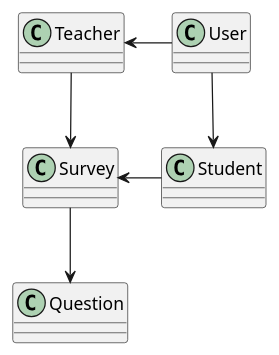
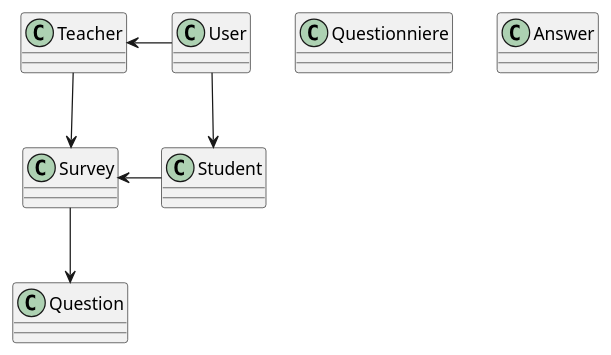
The diagram in asciidocs/Datenmodell.puml (htl-leonding-project/questionz), drawn with PlantUML before and after one commit. The commit also changed 9 other files, not shown here.

```diff
--- a/asciidocs/Datenmodell.puml
+++ b/asciidocs/Datenmodell.puml
@@ -1,15 +1,18 @@
 @startuml
 
 class Survey
 class Question
+class Questionniere
 class User
 class Teacher
 class Student
+class Answer
+
 
 Survey --> Question
 User -left-> Teacher
 User --> Student
 Teacher -down-> Survey
 Student -left-> Survey
 
 @enduml
```
